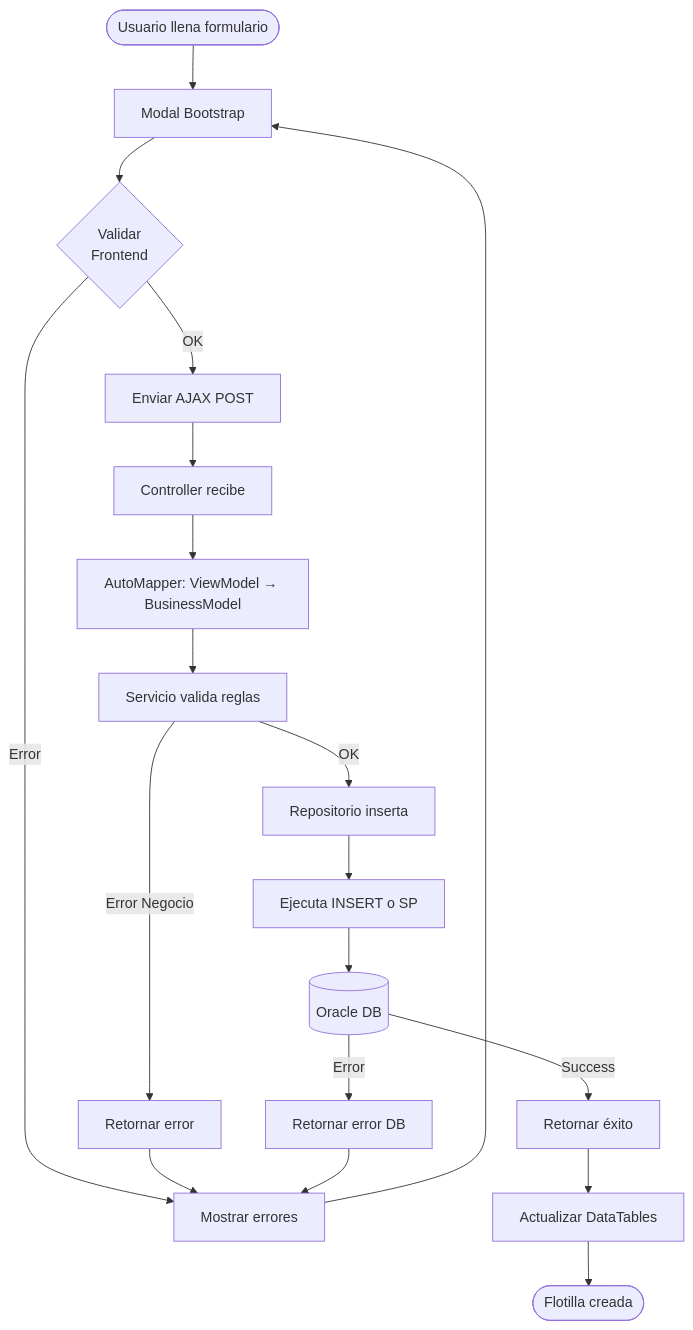
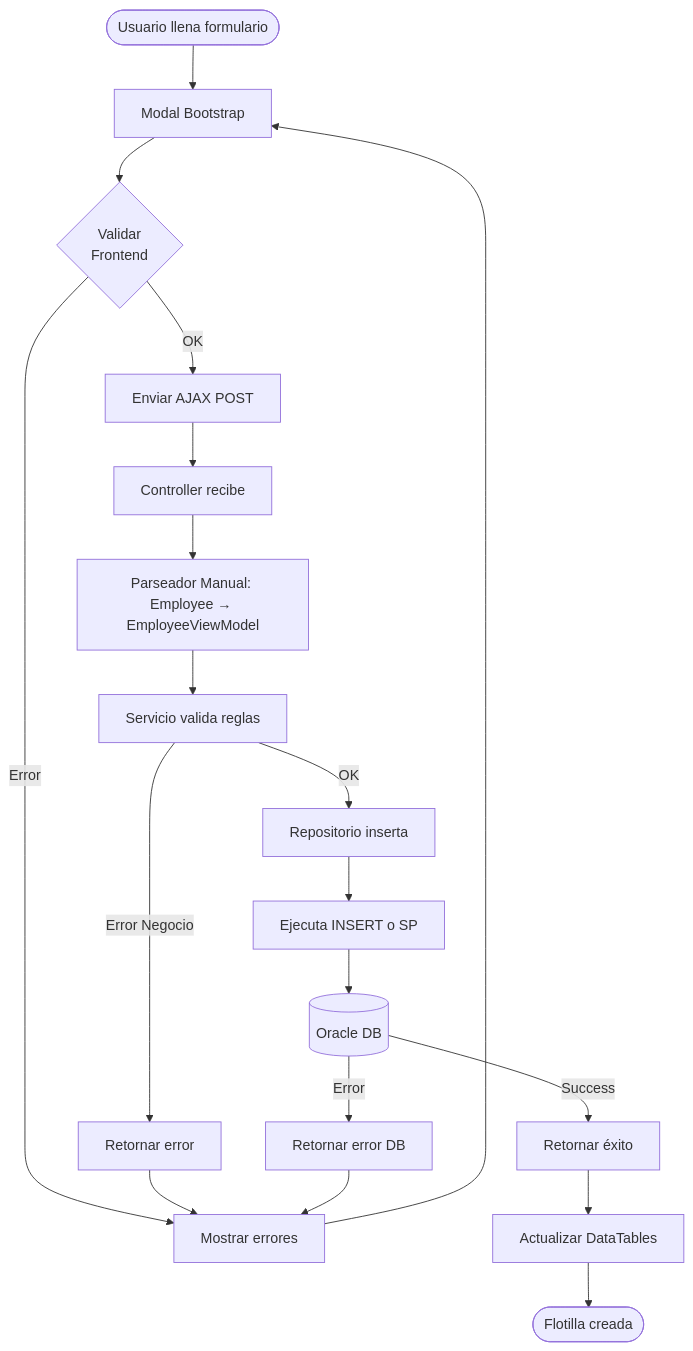
The fourth of 8 diagrams in docs/ARQUITECTURA.md (alejandro3469/AdministracionFlotillas), drawn with Mermaid before and after one commit. The commit also changed other lines of this file and 4 other files, not shown here.

First line of the commit message:
Docs: actualizar documentación para reflejar parseador manual y ViewModels en español

````diff
--- a/docs/ARQUITECTURA.md
+++ b/docs/ARQUITECTURA.md
@@ -125,21 +125,21 @@
 ```mermaid
 flowchart TD
     Start([Usuario llena formulario]) --> Modal[Modal Bootstrap]
     Modal --> Validate{Validar<br/>Frontend}
     Validate -->|Error| ShowError[Mostrar errores]
     Validate -->|OK| SendAJAX[Enviar AJAX POST]
     SendAJAX --> Controller[Controller recibe]
-    Controller --> ParseVM[AutoMapper: ViewModel → BusinessModel]
+    Controller --> ParseVM[Parseador Manual: Employee → EmployeeViewModel]
     ParseVM --> Service[Servicio valida reglas]
     Service -->|Error Negocio| ReturnError[Retornar error]
     Service -->|OK| Repo[Repositorio inserta]
     Repo --> SP[Ejecuta INSERT o SP]
     SP --> DB[(Oracle DB)]
     DB -->|Success| ReturnSuccess[Retornar éxito]
     DB -->|Error| ReturnDBError[Retornar error DB]
     ReturnSuccess --> UpdateUI[Actualizar DataTables]
     ReturnError --> ShowError
     ReturnDBError --> ShowError
     UpdateUI --> End([Flotilla creada])
     ShowError --> Modal
 ```
````
